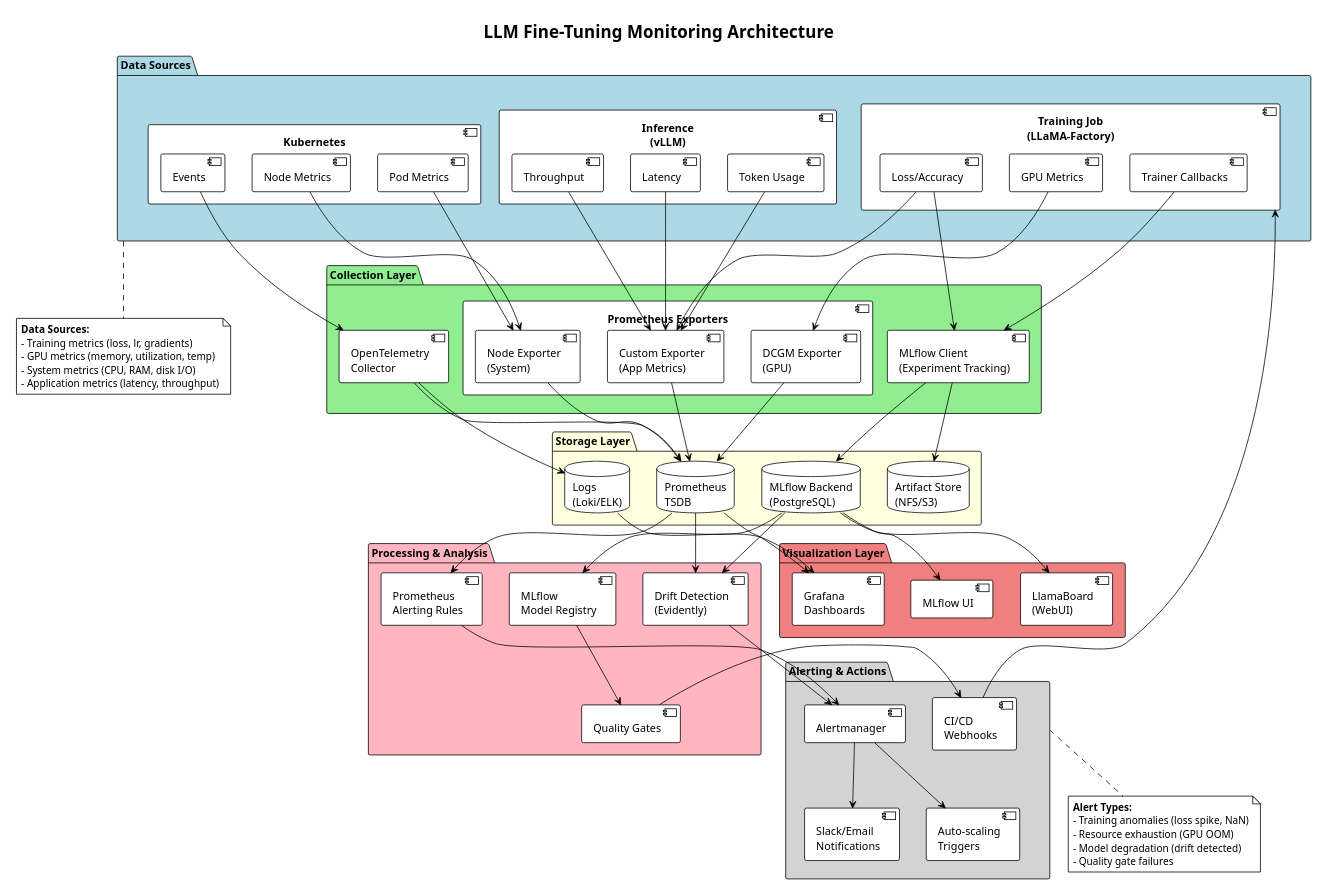
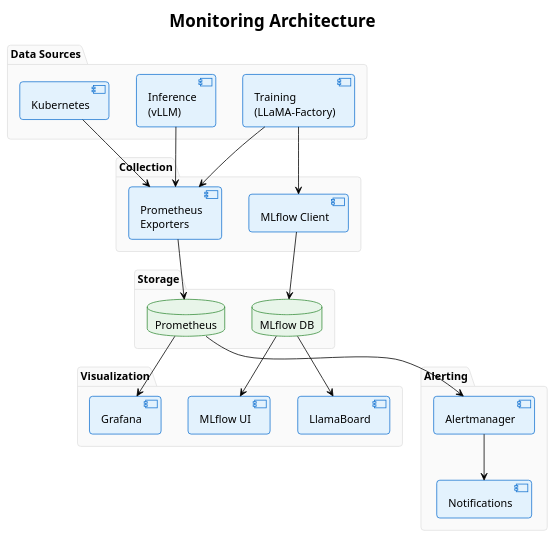
One commit to Maciek-roboblog/t changed the diagram in new/infra-simple/docs/validation/diagrams/monitoring-architecture.puml. Above: the diagram before and after it, drawn with PlantUML. The commit also changed 29 other files, not shown here.

```diff
--- a/new/infra-simple/docs/validation/diagrams/monitoring-architecture.puml
+++ b/new/infra-simple/docs/validation/diagrams/monitoring-architecture.puml
@@ -1,126 +1,67 @@
 @startuml monitoring-architecture
 !theme plain
-skinparam backgroundColor #FEFEFE
+skinparam backgroundColor white
+skinparam defaultFontName Helvetica
+skinparam shadowing false
+skinparam roundCorner 8
 
-title LLM Fine-Tuning Monitoring Architecture
-
-package "Data Sources" as sources #LightBlue {
-    component "Training Job\n(LLaMA-Factory)" as training {
-        component "Trainer Callbacks" as callbacks
-        component "GPU Metrics" as gpu_metrics
-        component "Loss/Accuracy" as loss
-    }
-
-    component "Inference\n(vLLM)" as inference {
-        component "Latency" as latency
-        component "Throughput" as throughput
-        component "Token Usage" as tokens
-    }
-
-    component "Kubernetes" as k8s {
-        component "Pod Metrics" as pod
-        component "Node Metrics" as node
-        component "Events" as events
-    }
+skinparam package {
+    BackgroundColor #FAFAFA
+    BorderColor #E0E0E0
 }
 
-package "Collection Layer" as collection #LightGreen {
-    component "MLflow Client\n(Experiment Tracking)" as mlflow_client
-    component "Prometheus Exporters" as prom_export {
-        component "DCGM Exporter\n(GPU)" as dcgm
-        component "Node Exporter\n(System)" as node_exp
-        component "Custom Exporter\n(App Metrics)" as custom_exp
-    }
-    component "OpenTelemetry\nCollector" as otel
+skinparam component {
+    BackgroundColor #E3F2FD
+    BorderColor #1976D2
 }
 
-package "Storage Layer" as storage #LightYellow {
-    database "MLflow Backend\n(PostgreSQL)" as mlflow_db
-    database "Prometheus\nTSDB" as prom_db
-    database "Artifact Store\n(NFS/S3)" as artifacts
-    database "Logs\n(Loki/ELK)" as logs
+skinparam database {
+    BackgroundColor #E8F5E9
+    BorderColor #388E3C
 }
 
-package "Processing & Analysis" as processing #LightPink {
-    component "Prometheus\nAlerting Rules" as alert_rules
-    component "MLflow\nModel Registry" as model_reg
-    component "Drift Detection\n(Evidently)" as drift
-    component "Quality Gates" as gates
+title Monitoring Architecture
+
+package "Data Sources" {
+    component "Training\n(LLaMA-Factory)" as training
+    component "Inference\n(vLLM)" as inference
+    component "Kubernetes" as k8s
 }
 
-package "Visualization Layer" as viz #LightCoral {
-    component "Grafana\nDashboards" as grafana
-    component "MLflow UI" as mlflow_ui
-    component "LlamaBoard\n(WebUI)" as llamaboard
+package "Collection" {
+    component "MLflow Client" as mlflow_client
+    component "Prometheus\nExporters" as exporters
 }
 
-package "Alerting & Actions" as alerting #LightGray {
-    component "Alertmanager" as alertmgr
-    component "Slack/Email\nNotifications" as notify
-    component "Auto-scaling\nTriggers" as autoscale
-    component "CI/CD\nWebhooks" as cicd
+package "Storage" {
+    database "MLflow DB" as mlflow_db
+    database "Prometheus" as prom_db
 }
 
-' Data flow from sources to collection
-callbacks --> mlflow_client
-gpu_metrics --> dcgm
-loss --> mlflow_client
-loss --> custom_exp
+package "Visualization" {
+    component "Grafana" as grafana
+    component "MLflow UI" as mlflow_ui
+    component "LlamaBoard" as llamaboard
+}
 
-latency --> custom_exp
-throughput --> custom_exp
-tokens --> custom_exp
+package "Alerting" {
+    component "Alertmanager" as alertmgr
+    component "Notifications" as notify
+}
 
-pod --> node_exp
-node --> node_exp
-events --> otel
+' Flow
+training --> mlflow_client
+training --> exporters
+inference --> exporters
+k8s --> exporters
 
-' Collection to Storage
 mlflow_client --> mlflow_db
-mlflow_client --> artifacts
-dcgm --> prom_db
-node_exp --> prom_db
-custom_exp --> prom_db
-otel --> logs
-otel --> prom_db
+exporters --> prom_db
 
-' Storage to Processing
-prom_db --> alert_rules
-mlflow_db --> model_reg
-mlflow_db --> drift
-prom_db --> drift
-model_reg --> gates
-
-' Storage to Visualization
-prom_db --> grafana
 mlflow_db --> mlflow_ui
 mlflow_db --> llamaboard
-logs --> grafana
-
-' Processing to Alerting
-alert_rules --> alertmgr
-gates --> cicd
-drift --> alertmgr
-
-' Alerting outputs
+prom_db --> grafana
+prom_db --> alertmgr
 alertmgr --> notify
-alertmgr --> autoscale
-cicd --> training
-
-note bottom of sources
-    **Data Sources:**
-    - Training metrics (loss, lr, gradients)
-    - GPU metrics (memory, utilization, temp)
-    - System metrics (CPU, RAM, disk I/O)
-    - Application metrics (latency, throughput)
-end note
-
-note bottom of alerting
-    **Alert Types:**
-    - Training anomalies (loss spike, NaN)
-    - Resource exhaustion (GPU OOM)
-    - Model degradation (drift detected)
-    - Quality gate failures
-end note
 
 @enduml
```
